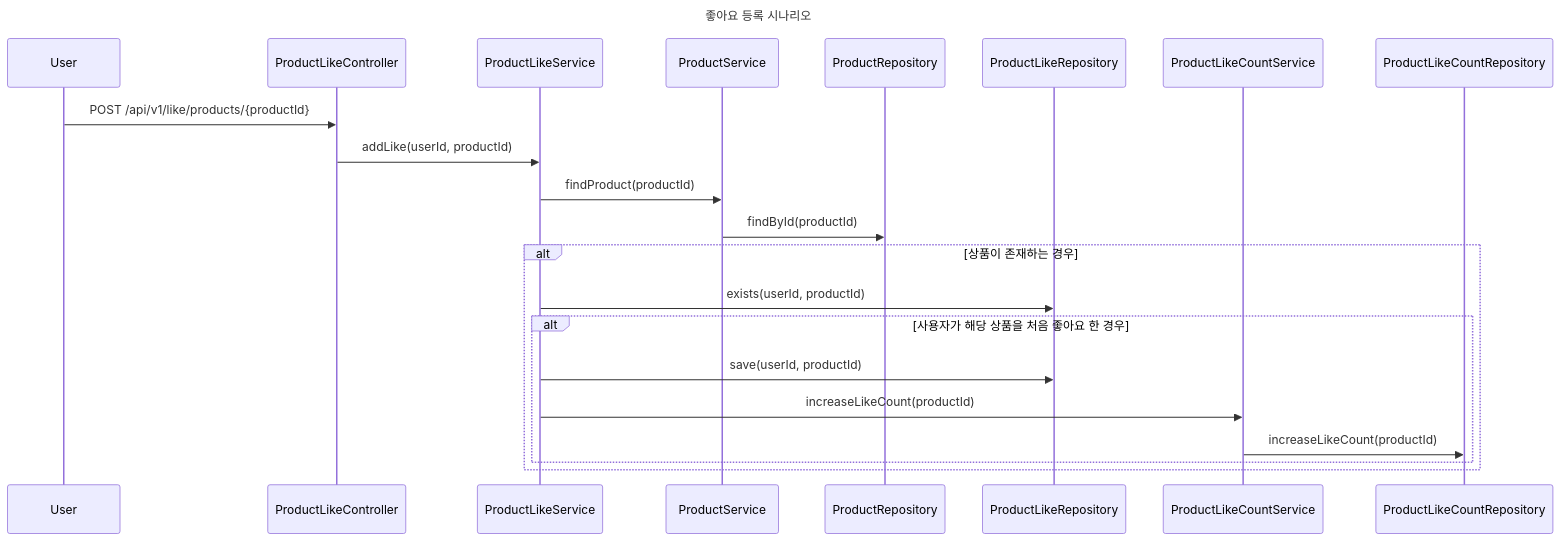
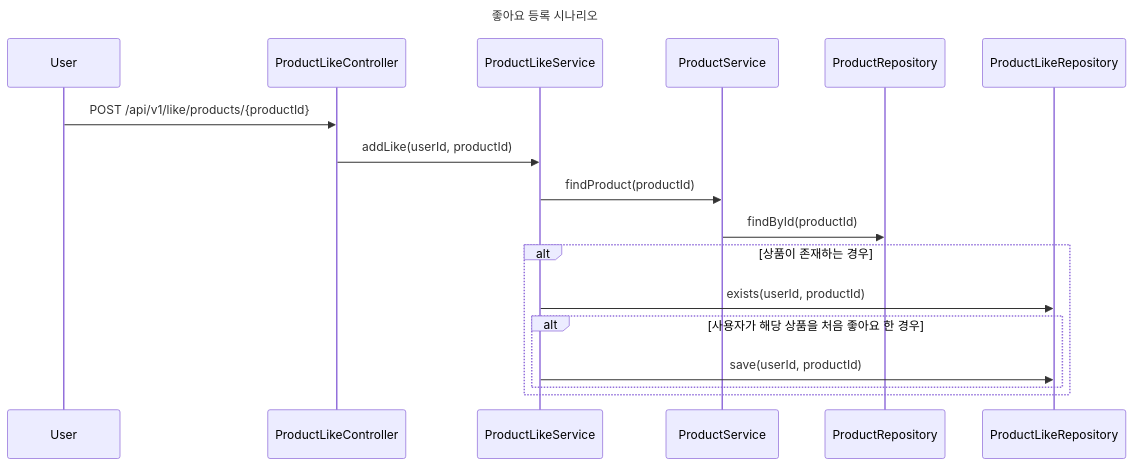
One commit to lim-jaein/loopers-ecommerce changed the first of 2 diagrams in .docs/02-sequence-diagrams.md. Above: the diagram before and after it, drawn with Mermaid. The commit also changed 1 other file, not shown here.

Commit message:
docs : 시퀀스 다이어그램 수정 - ProductLikeCount 도메인 삭제

````diff
--- a/.docs/02-sequence-diagrams.md
+++ b/.docs/02-sequence-diagrams.md
@@ -2,29 +2,25 @@
 ```mermaid
 sequenceDiagram
     title 좋아요 등록 시나리오
     participant User
     participant ProductLikeController
     participant ProductLikeService
     participant ProductService
     participant ProductRepository
     participant ProductLikeRepository
-    participant ProductLikeCountService
-    participant ProductLikeCountRepository
 
     User->>ProductLikeController: POST /api/v1/like/products/{productId}
     ProductLikeController->>ProductLikeService: addLike(userId, productId)
     ProductLikeService->>ProductService: findProduct(productId)
     ProductService->>ProductRepository: findById(productId)
 
     alt 상품이 존재하는 경우
         ProductLikeService->>ProductLikeRepository: exists(userId, productId)
         
         alt 사용자가 해당 상품을 처음 좋아요 한 경우
             ProductLikeService->>ProductLikeRepository: save(userId, productId)
-            ProductLikeService->>ProductLikeCountService: increaseLikeCount(productId)
-            ProductLikeCountService->>ProductLikeCountRepository: increaseLikeCount(productId)
         end
     end
     
     
 ```
````
